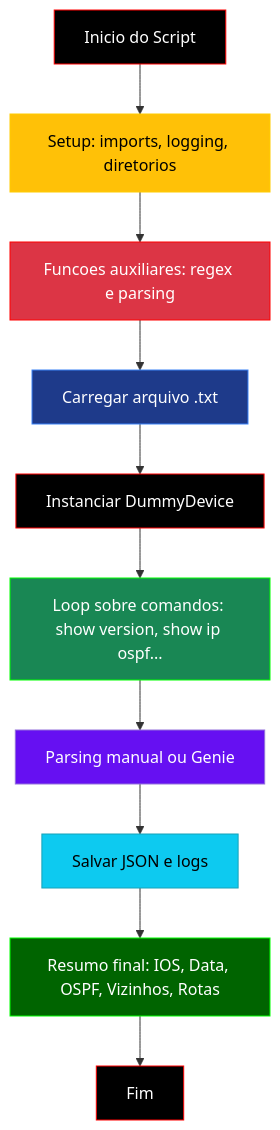
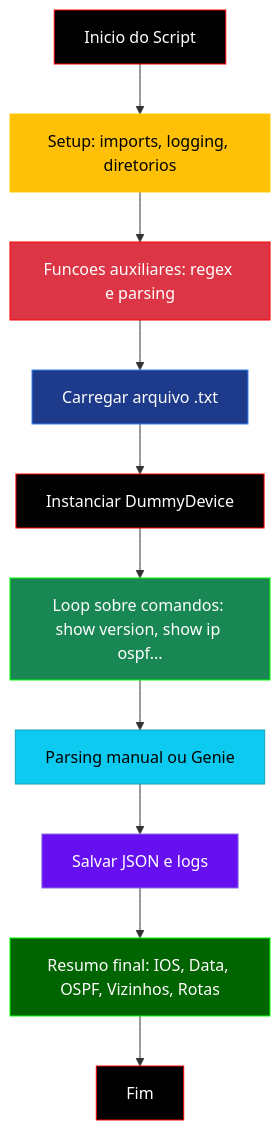
Before and after one commit to alcancil/Cisco: the third of 3 diagrams in CCNP 350-401 ENCOR/06 - Automation/20- Python - 14 - Parsing  Automatico - II/README.md, drawn with Mermaid.

Commit message:
Adicionado a pasta 20- Python - 14 - Parsing  Automatico - II

````diff
--- a/CCNP 350-401 ENCOR/06 - Automation/20- Python - 14 - Parsing  Automatico - II/README.md
+++ b/CCNP 350-401 ENCOR/06 - Automation/20- Python - 14 - Parsing  Automatico - II/README.md
@@ -708,26 +708,26 @@
 ```mermaid
 flowchart TD
     A[Inicio do Script] --> B[Setup: imports, logging, diretorios]
     B --> C[Funcoes auxiliares: regex e parsing]
     C --> D[Carregar arquivo .txt]
     D --> E[Instanciar DummyDevice]
     E --> F[Loop sobre comandos: show version, show ip ospf...]
     F --> G[Parsing manual ou Genie]
     G --> H[Salvar JSON e logs]
     H --> I[Resumo final: IOS, Data, OSPF, Vizinhos, Rotas]
     I --> J[Fim]
 
 style A fill:#006400,stroke:#00ff00,color:#ffffff 
 style A fill:#000000,stroke:#ff0000,color:#ffffff
 style B fill:#ffc107,stroke:#ffcc00,color:#000000
 style C fill:#dc3545,stroke:#ff0000,color:#ffffff
 style D fill:#1e3a8a,stroke:#3b82f6,color:#ffffff
 style E fill:#000000,stroke:#ff0000,color:#ffffff
 style F fill:#198754,stroke:#00ff00,color:#ffffff
-style G fill:#6610f2,stroke:#9370DB,color:#ffffff
-style H fill:#0dcaf0,stroke:#17a2b8,color:#000000
+style G fill:#0dcaf0,stroke:#17a2b8,color:#000000
+style H fill:#6610f2,stroke:#9370DB,color:#ffffff
 style I fill:#0dcaf0,stroke:#17a2b8,color:#000000
 style I fill:#006400,stroke:#00ff00,color:#ffffff
 style J fill:#0dcaf0,stroke:#17a2b8,color:#000000
 style J fill:#000000,stroke:#ff0000,color:#ffffff
 ```
````
